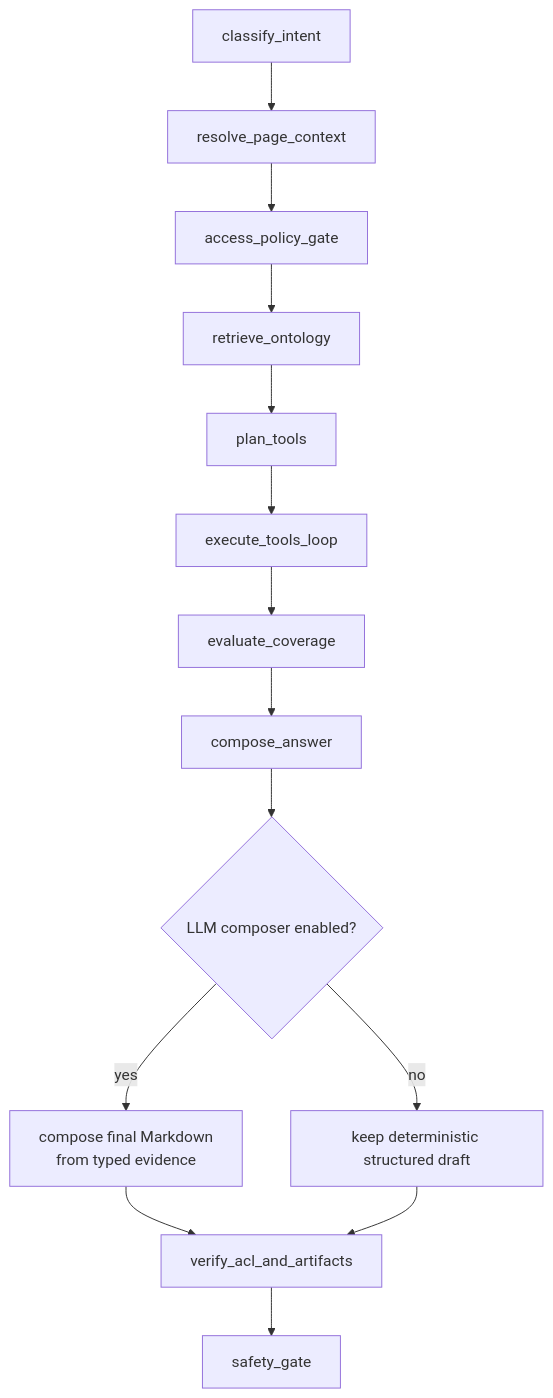
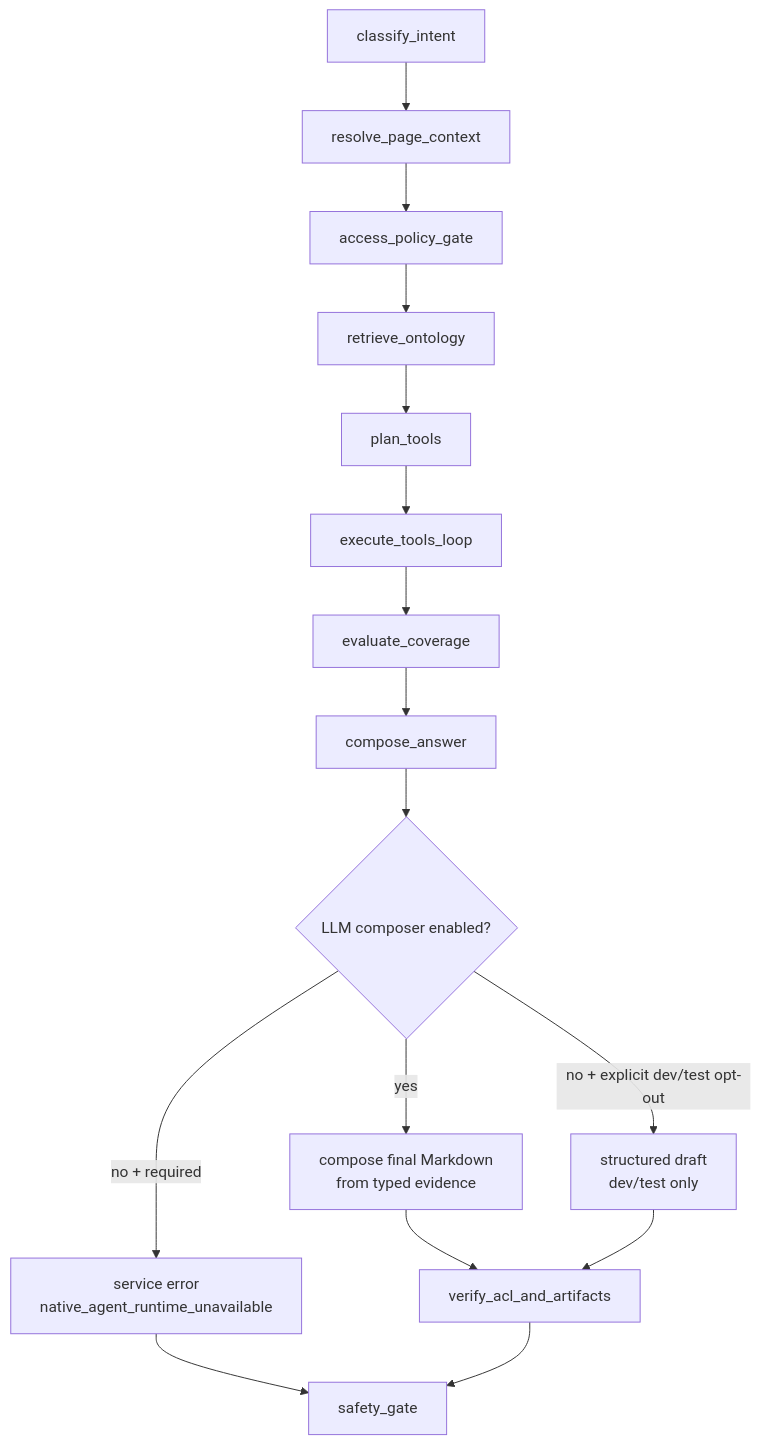
The first of 2 diagrams in data/boi/public/boi-wiki-manual/agent/native-boi-agent-tool-loop.md (chokukil/boi-wiki), drawn with Mermaid before and after one commit. The commit also changed other lines of this file and 9 other files, not shown here.

Commit message:
Treat Agent LLM failures as service errors

````diff
--- a/data/boi/public/boi-wiki-manual/agent/native-boi-agent-tool-loop.md
+++ b/data/boi/public/boi-wiki-manual/agent/native-boi-agent-tool-loop.md
@@ -34,16 +34,18 @@
 ```mermaid
 flowchart TD
   A["classify_intent"] --> B["resolve_page_context"]
   B --> ACL["access_policy_gate"]
   ACL --> C["retrieve_ontology"]
   C --> D["plan_tools"]
   D --> E["execute_tools_loop"]
   E --> F["evaluate_coverage"]
   F --> G["compose_answer"]
   G --> LC{"LLM composer enabled?"}
   LC -->|yes| LLM["compose final Markdown<br/>from typed evidence"]
-  LC -->|no| DET["keep deterministic structured draft"]
+  LC -->|no + required| ERR["service error<br/>native_agent_runtime_unavailable"]
+  LC -->|no + explicit dev/test opt-out| DET["structured draft<br/>dev/test only"]
   LLM --> H["verify_acl_and_artifacts"]
   DET --> H
+  ERR --> I
   H --> I["safety_gate"]
 ```
````
